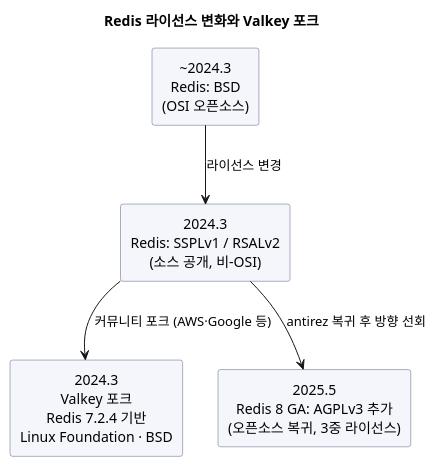
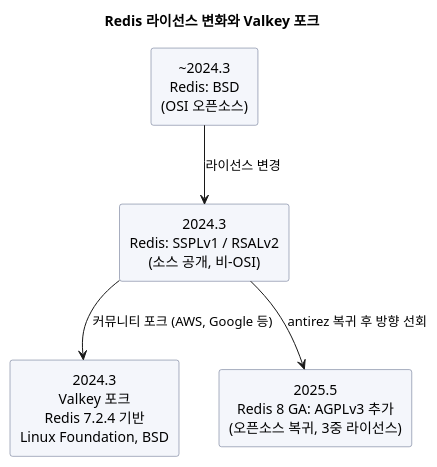
One commit to johnycho/johny-dev changed the diagram in blog/2026-09-13-valkey-vs-redis-license.mdx. Above: the diagram before and after it, drawn with PlantUML. The commit also changed other lines of this file and 188 other files, not shown here.

````diff
--- a/blog/2026-09-13-valkey-vs-redis-license.mdx
+++ b/blog/2026-09-13-valkey-vs-redis-license.mdx
@@ -25,18 +25,18 @@
 ```plantuml
 @startuml
 skinparam defaultTextAlignment center
 skinparam rectangle {
   BackgroundColor #F4F6FB
   BorderColor #556080
 }
 title Redis 라이선스 변화와 Valkey 포크
 
 rectangle "~2024.3\nRedis: BSD\n(OSI 오픈소스)" as a
 rectangle "2024.3\nRedis: SSPLv1 / RSALv2\n(소스 공개, 비-OSI)" as b
-rectangle "2024.3\nValkey 포크\nRedis 7.2.4 기반\nLinux Foundation · BSD" as c
+rectangle "2024.3\nValkey 포크\nRedis 7.2.4 기반\nLinux Foundation, BSD" as c
 rectangle "2025.5\nRedis 8 GA: AGPLv3 추가\n(오픈소스 복귀, 3중 라이선스)" as d
 a --> b : 라이선스 변경
-b --> c : 커뮤니티 포크 (AWS·Google 등)
+b --> c : 커뮤니티 포크 (AWS, Google 등)
 b --> d : antirez 복귀 후 방향 선회
 @enduml
 ```
````
